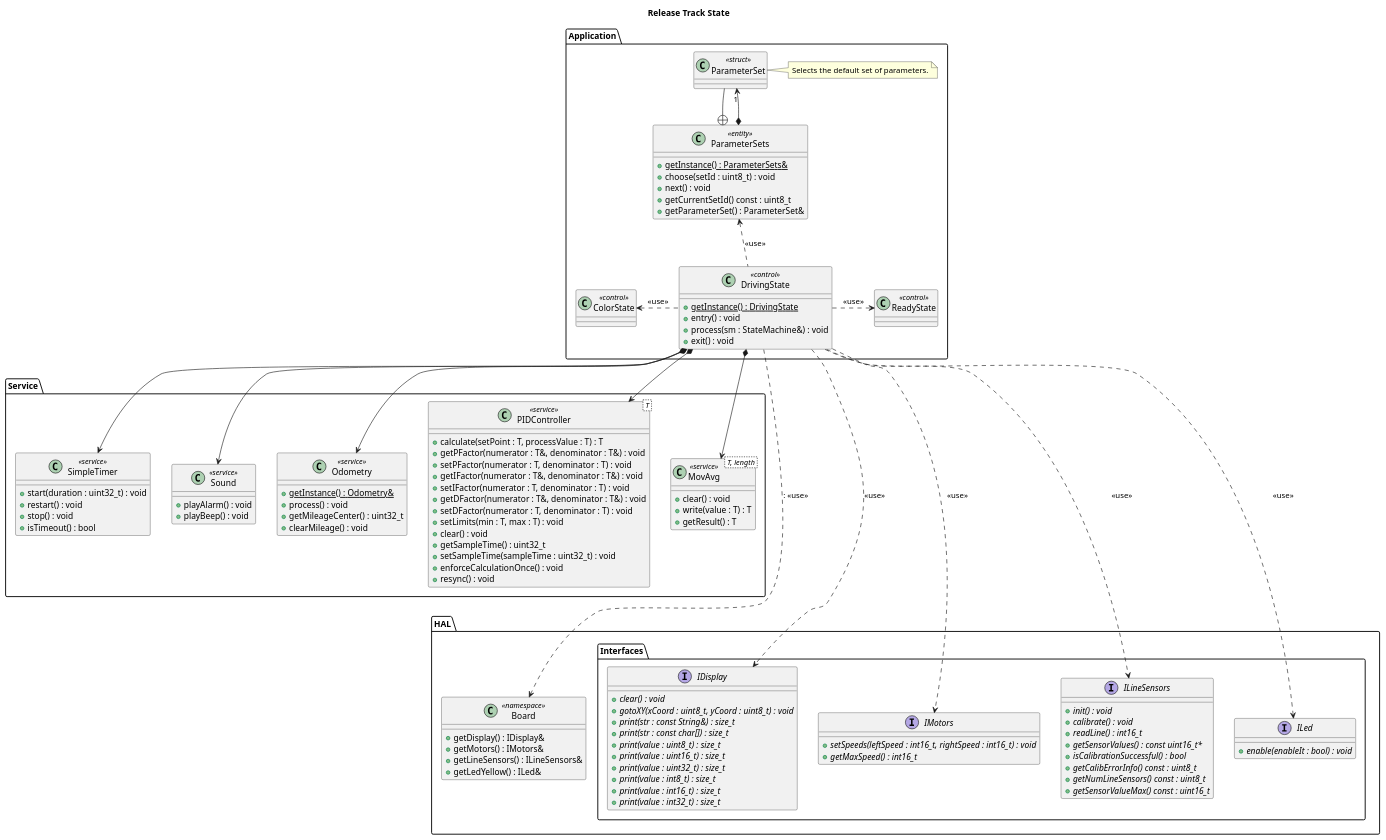
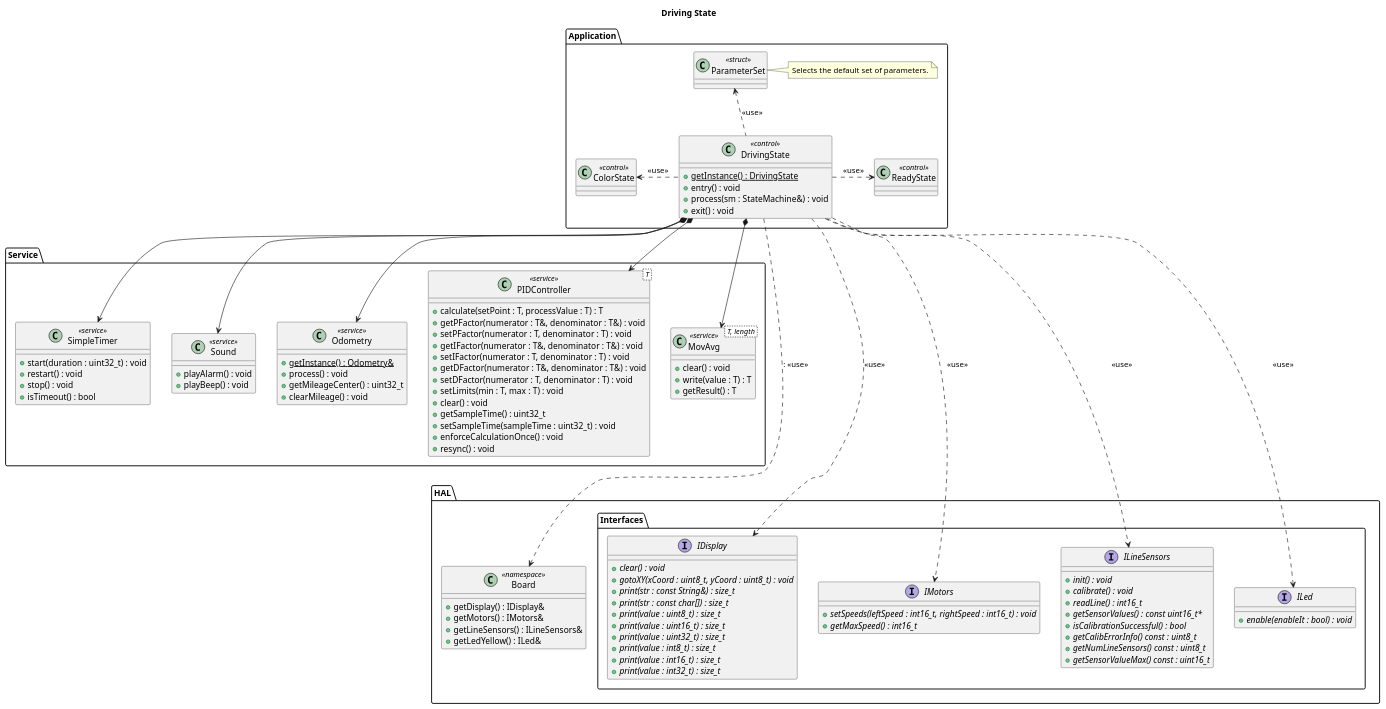
One commit to BlueAndi/RadonUlzer changed the diagram in doc/architecture/uml/LogicalView/EndlessRun/DrivingState.plantuml. Above: the diagram before and after it, drawn with PlantUML.

Commit message:
(UML) Driving state is only using one parameter set.

```diff
--- a/doc/architecture/uml/LogicalView/EndlessRun/DrivingState.plantuml
+++ b/doc/architecture/uml/LogicalView/EndlessRun/DrivingState.plantuml
@@ -1,140 +1,129 @@
 @startuml
 
-title Release Track State
+title Driving State
 
 package "Application" as appLayer {
 
     class DrivingState <<control>> {
         + {static} getInstance() : DrivingState
         + entry() : void
         + process(sm : StateMachine&) : void
         + exit() : void
     }
 
     class ReadyState <<control>>
 
     class ColorState <<control>>
 
     class ParameterSet <<struct>>
 
-    class ParameterSets <<entity>> {
-        + {static} getInstance() : ParameterSets&
-        + choose(setId : uint8_t) : void
-        + next() : void
-        + getCurrentSetId() const : uint8_t
-        + getParameterSet() : ParameterSet&
-    }
-
-    ParameterSet --+ ParameterSets
-    ParameterSet "1" <--* ParameterSets
-
     note right of ParameterSet
         Selects the default set of parameters.
     end note
 
     DrivingState .right.> ReadyState: <<use>>
     DrivingState .left.> ColorState: <<use>>
-    DrivingState .u.> ParameterSets: <<use>>
+    DrivingState .u.> ParameterSet: <<use>>
 }
 
 package "Service" as serviceLayer {
 
     class SimpleTimer <<service>> {
         + start(duration : uint32_t) : void
         + restart() : void
         + stop() : void
         + isTimeout() : bool
     }
 
     class Sound <<service>> {
         + playAlarm() : void
         + playBeep() : void
     }
 
     class Odometry <<service>> {
         + {static} getInstance() : Odometry&
         + process() : void
         + getMileageCenter() : uint32_t
         + clearMileage() : void
     }
 
     class PIDController < T > <<service>> {
         + calculate(setPoint : T, processValue : T) : T
         + getPFactor(numerator : T&, denominator : T&) : void
         + setPFactor(numerator : T, denominator : T) : void
         + getIFactor(numerator : T&, denominator : T&) : void
         + setIFactor(numerator : T, denominator : T) : void
         + getDFactor(numerator : T&, denominator : T&) : void
         + setDFactor(numerator : T, denominator : T) : void
         + setLimits(min : T, max : T) : void
         + clear() : void
         + getSampleTime() : uint32_t
         + setSampleTime(sampleTime : uint32_t) : void
         + enforceCalculationOnce() : void
         + resync() : void
     }
 
     class MovAvg < T, length > <<service>> {
         + clear() : void
         + write(value : T) : T
         + getResult() : T
     }
 }
 
 package "HAL" as hal {
 
     package "Interfaces" as halInterfaces {
         interface IDisplay {
             + {abstract} clear() : void
             + {abstract} gotoXY(xCoord : uint8_t, yCoord : uint8_t) : void
             + {abstract} print(str : const String&) : size_t
             + {abstract} print(str : const char[]) : size_t
             + {abstract} print(value : uint8_t) : size_t
             + {abstract} print(value : uint16_t) : size_t
             + {abstract} print(value : uint32_t) : size_t
             + {abstract} print(value : int8_t) : size_t
             + {abstract} print(value : int16_t) : size_t
             + {abstract} print(value : int32_t) : size_t
         }
 
         interface IMotors {
             + {abstract} setSpeeds(leftSpeed : int16_t, rightSpeed : int16_t) : void
             + {abstract} getMaxSpeed() : int16_t
         }
 
         interface ILineSensors {
             + {abstract} init() : void
             + {abstract} calibrate() : void
             + {abstract} readLine() : int16_t
             + {abstract} getSensorValues() : const uint16_t*
             + {abstract} isCalibrationSuccessful() : bool
             + {abstract} getCalibErrorInfo() const : uint8_t
             + {abstract} getNumLineSensors() const : uint8_t
             + {abstract} getSensorValueMax() const : uint16_t
         }
 
         interface ILed {
             + {abstract} enable(enableIt : bool) : void
         }
     }
 
     class Board << namespace >> {
         + getDisplay() : IDisplay&
         + getMotors() : IMotors&
         + getLineSensors() : ILineSensors&
         + getLedYellow() : ILed&
     }
 }
 
 DrivingState *--> SimpleTimer
 DrivingState *--> Sound
 DrivingState *--> Odometry
 DrivingState *--> PIDController
 DrivingState *--> MovAvg
 DrivingState ...> IDisplay: <<use>>
 DrivingState ...> IMotors: <<use>>
 DrivingState ...> ILineSensors: <<use>>
 DrivingState ...> ILed: <<use>>
 DrivingState ...> Board:: <<use>>
 
 @enduml
```
